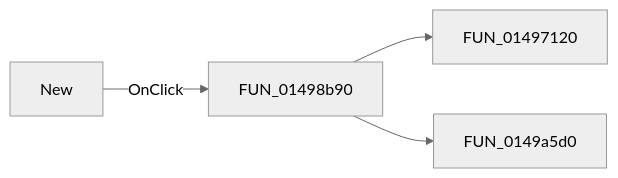
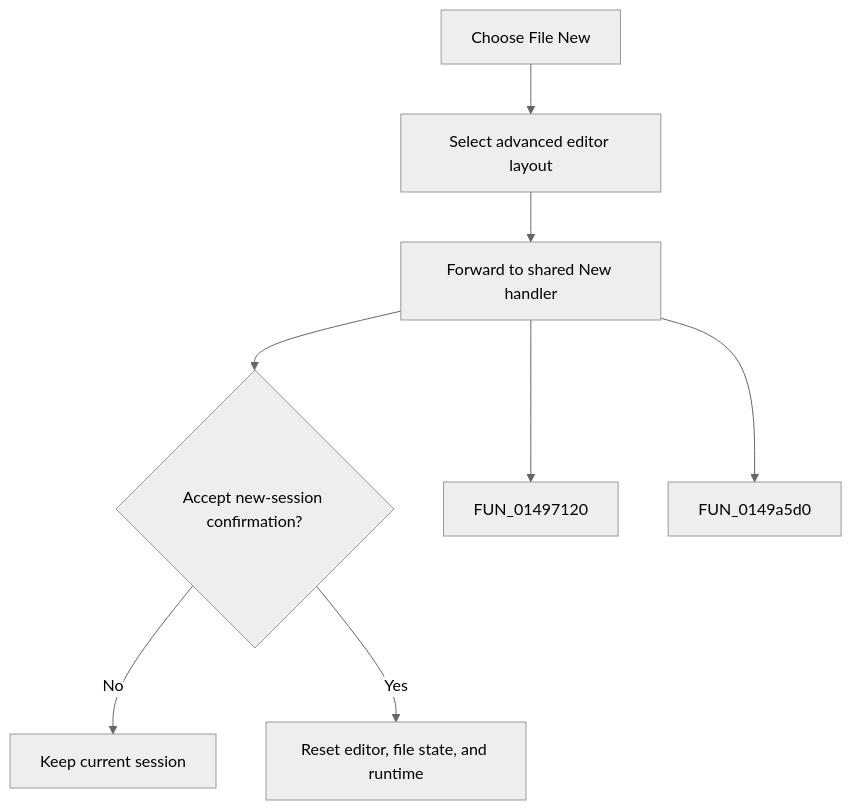
The diagram in docs/ui-controls/frmdesigntool/new1-7044122857.md (MovGP0/TIARA), drawn with Mermaid (neutral theme) before and after one commit. The commit also changed other lines of this file and 387 other files, not shown here.

````diff
--- a/docs/ui-controls/frmdesigntool/new1-7044122857.md
+++ b/docs/ui-controls/frmdesigntool/new1-7044122857.md
@@ -27,6 +27,10 @@
 ```mermaid
-flowchart LR
-    control["New"] -->|OnClick| handler["FUN_01498b90"]
+flowchart TD
+    control["Choose File New"] --> expand["Select advanced editor layout"]
+    expand --> handler["Forward to shared New handler"]
+    handler --> confirm{"Accept new-session confirmation?"}
+    confirm -->|No| keep["Keep current session"]
+    confirm -->|Yes| reset["Reset editor, file state, and runtime"]
     handler --> call1["FUN_01497120"]
     handler --> call2["FUN_0149a5d0"]
 ```
````
